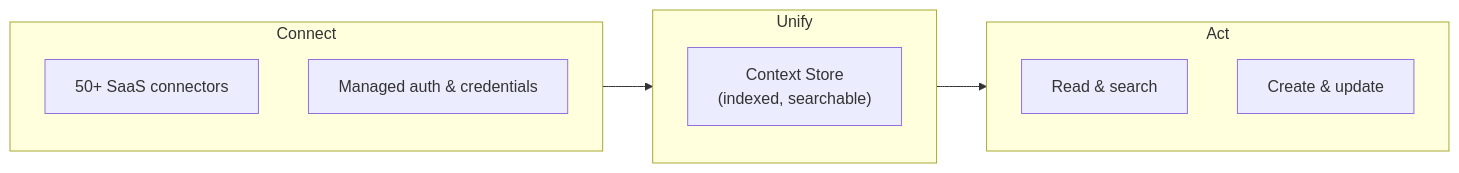
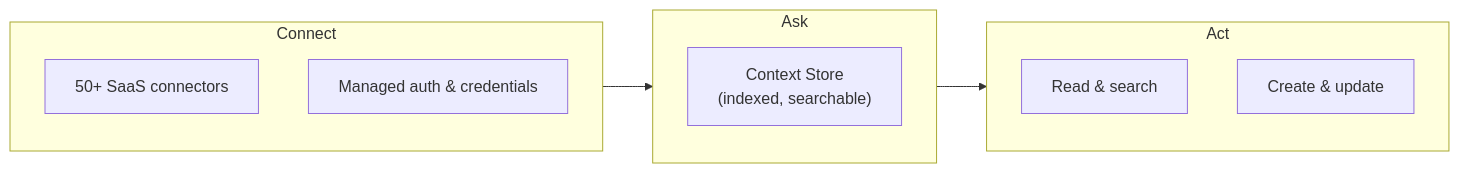
One commit to youngd-lunit/airbyte changed the diagram in docs/ai-agents/get-started/what-is-airbyte-agents.md. Above: the diagram before and after it, drawn with Mermaid. The commit also changed other lines of this file and 5 other files, not shown here.

Commit message:
docs(ai-agents): replace "Connect, Unify, Act" with "Connect, Ask, Act" (#77702)

````diff
--- a/docs/ai-agents/get-started/what-is-airbyte-agents.md
+++ b/docs/ai-agents/get-started/what-is-airbyte-agents.md
@@ -29,15 +29,15 @@
 ```mermaid
 flowchart LR
     subgraph connect["Connect"]
         C1["50+ SaaS connectors"]
         C2["Managed auth & credentials"]
     end
-    subgraph unify["Unify"]
+    subgraph ask["Ask"]
         CS["Context Store<br/>(indexed, searchable)"]
     end
     subgraph act["Act"]
         A1["Read & search"]
         A2["Create & update"]
     end
-    connect --> unify --> act
+    connect --> ask --> act
 ```
````
